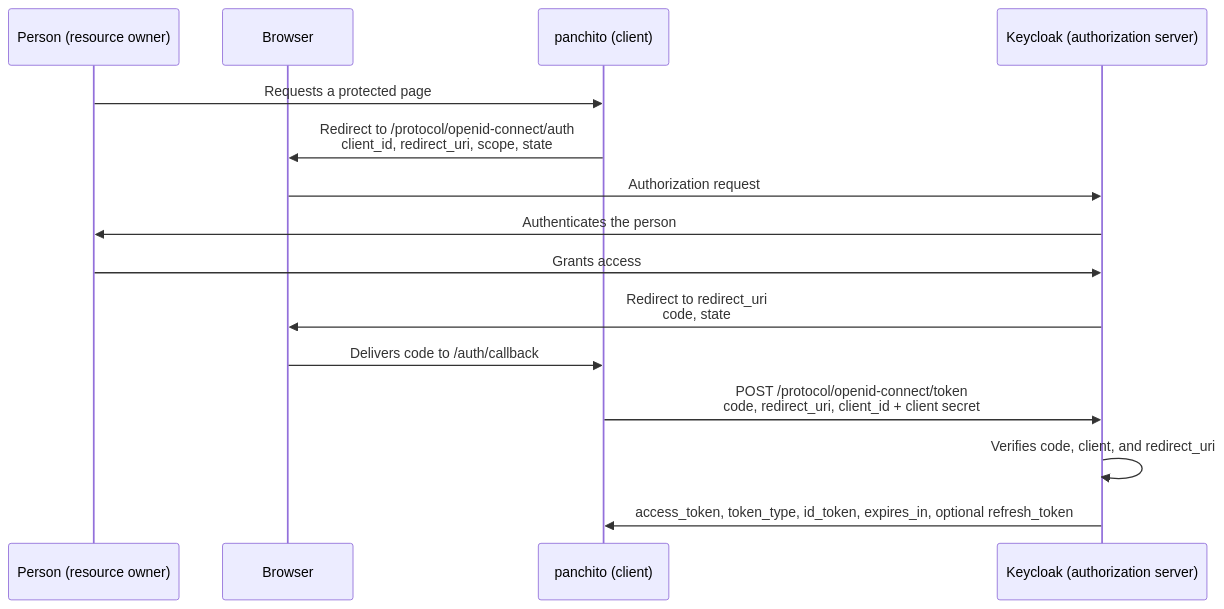
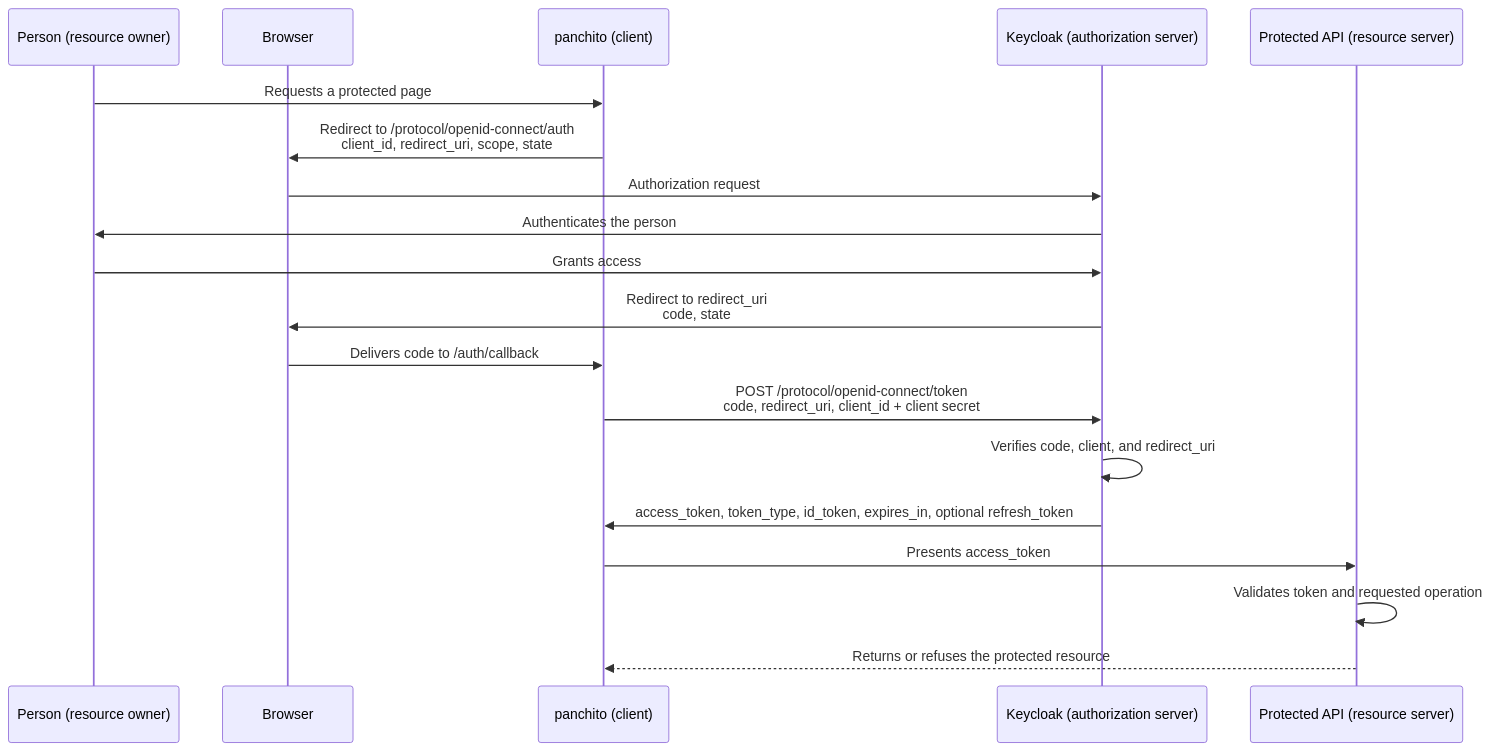
Before and after one commit to zavestudios/zavestudios: the diagram in docs/studies/identity-and-trust/oauth-2-0.md, drawn with Mermaid. The commit also changed other lines of this file, not shown here.

Commit message:
Restructure OAuth study around authorization flow

````diff
--- a/docs/studies/identity-and-trust/oauth-2-0.md
+++ b/docs/studies/identity-and-trust/oauth-2-0.md
@@ -97,18 +110,22 @@
 ```mermaid
 sequenceDiagram
   participant RO as Person (resource owner)
   participant UA as Browser
   participant C as panchito (client)
   participant AS as Keycloak (authorization server)
+  participant RS as Protected API (resource server)
 
   RO->>C: Requests a protected page
   C->>UA: Redirect to /protocol/openid-connect/auth<br/>client_id, redirect_uri, scope, state
   UA->>AS: Authorization request
   AS->>RO: Authenticates the person
   RO->>AS: Grants access
   AS->>UA: Redirect to redirect_uri<br/>code, state
   UA->>C: Delivers code to /auth/callback
   C->>AS: POST /protocol/openid-connect/token<br/>code, redirect_uri, client_id + client secret
   AS->>AS: Verifies code, client, and redirect_uri
   AS->>C: access_token, token_type, id_token, expires_in, optional refresh_token
+  C->>RS: Presents access_token
+  RS->>RS: Validates token and requested operation
+  RS-->>C: Returns or refuses the protected resource
 ```
````
